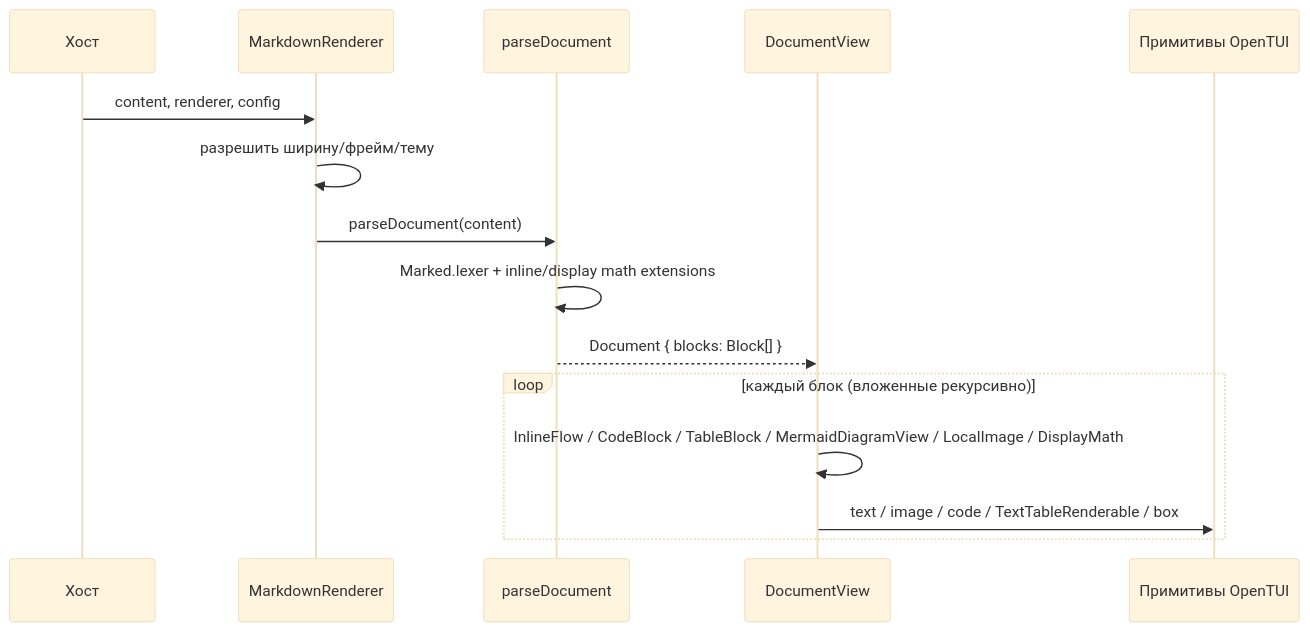
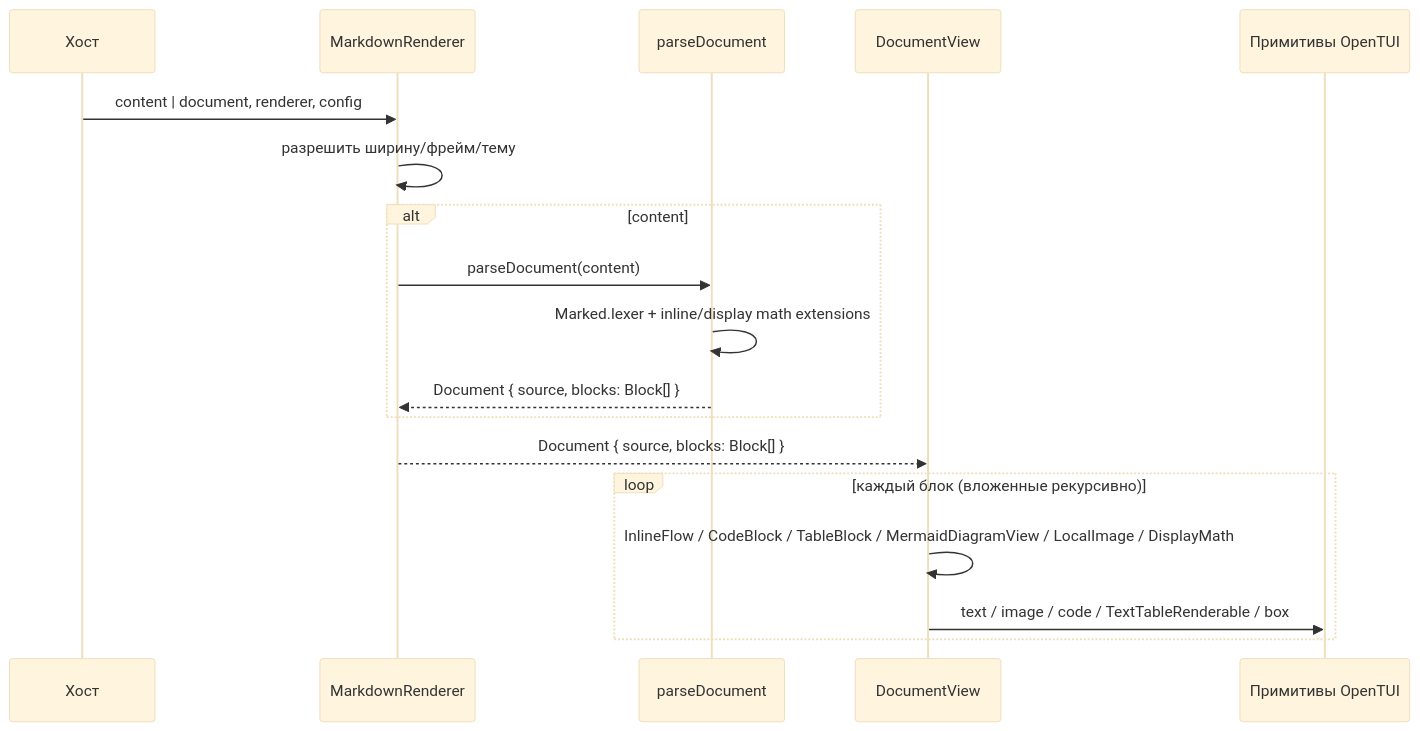
One commit to Desiment/opentui-markdown-render changed the diagram in architecture.md. Above: the diagram before and after it, drawn with Mermaid (base theme). The commit also changed other lines of this file and 11 other files, not shown here.

````diff
--- a/architecture.md
+++ b/architecture.md
@@ -18,18 +18,21 @@
 ```mermaid
 sequenceDiagram
     participant Host as Хост
     participant App as MarkdownRenderer
     participant Core as parseDocument
     participant View as DocumentView
     participant OpenTUI as Примитивы OpenTUI
 
-    Host->>App: content, renderer, config
+    Host->>App: content | document, renderer, config
     App->>App: разрешить ширину/фрейм/тему
-    App->>Core: parseDocument(content)
-    Core->>Core: Marked.lexer + inline/display math extensions
-    Core-->>View: Document { blocks: Block[] }
+    alt content
+        App->>Core: parseDocument(content)
+        Core->>Core: Marked.lexer + inline/display math extensions
+        Core-->>App: Document { source, blocks: Block[] }
+    end
+    App-->>View: Document { source, blocks: Block[] }
     loop каждый блок (вложенные рекурсивно)
         View->>View: InlineFlow / CodeBlock / TableBlock / MermaidDiagramView / LocalImage / DisplayMath
         View->>OpenTUI: text / image / code / TextTableRenderable / box
     end
 ```
````
